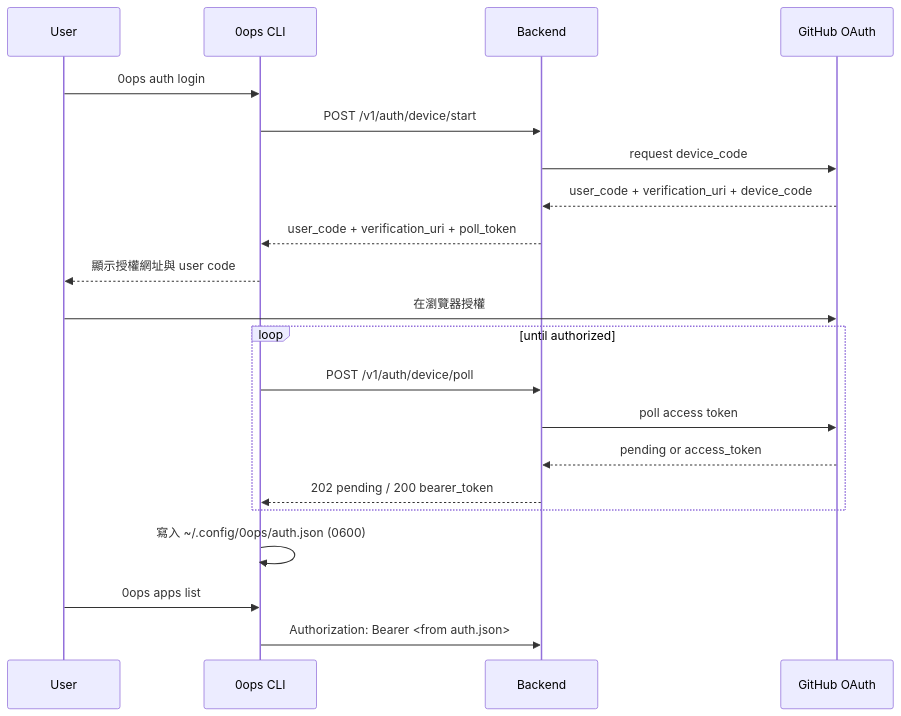
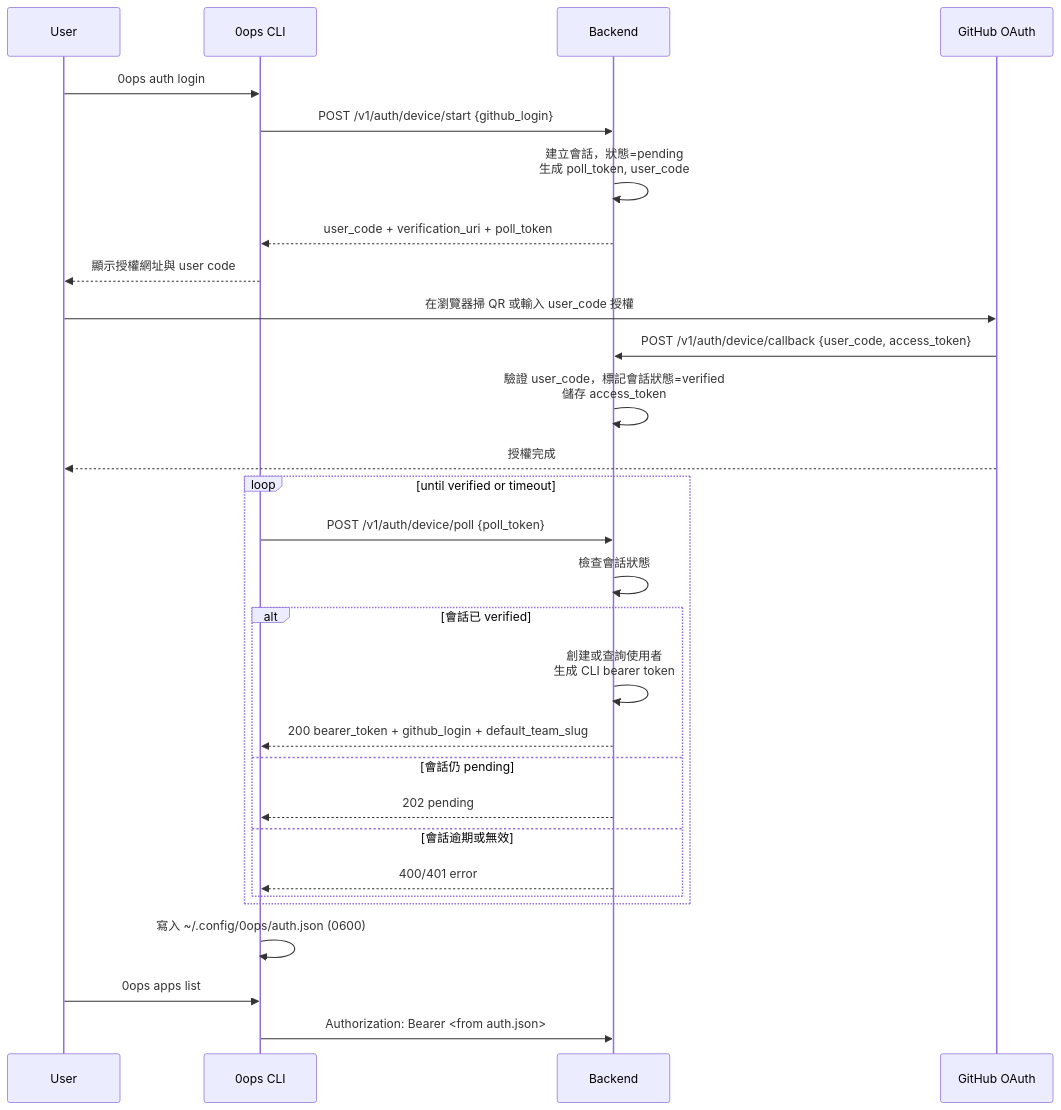
Before and after one commit to wusung/0ops: the diagram in docs/features/auth-login-flow/spec.md, drawn with Mermaid. The commit also changed other lines of this file, not shown here.

Commit message:
docs: update device login flow to use callback verification model

````diff
--- a/docs/features/auth-login-flow/spec.md
+++ b/docs/features/auth-login-flow/spec.md
@@ -35,24 +35,32 @@
 ```mermaid
 sequenceDiagram
     participant U as User
     participant C as 0ops CLI
     participant B as Backend
     participant G as GitHub OAuth
 
     U->>C: 0ops auth login
-    C->>B: POST /v1/auth/device/start
-    B->>G: request device_code
-    G-->>B: user_code + verification_uri + device_code
+    C->>B: POST /v1/auth/device/start {github_login}
+    B->>B: 建立會話，狀態=pending<br/>生成 poll_token, user_code
     B-->>C: user_code + verification_uri + poll_token
     C-->>U: 顯示授權網址與 user code
-    U->>G: 在瀏覽器授權
-    loop until authorized
-        C->>B: POST /v1/auth/device/poll
-        B->>G: poll access token
-        G-->>B: pending or access_token
-        B-->>C: 202 pending / 200 bearer_token
+    U->>G: 在瀏覽器掃 QR 或輸入 user_code 授權
+    G->>B: POST /v1/auth/device/callback {user_code, access_token}
+    B->>B: 驗證 user_code，標記會話狀態=verified<br/>儲存 access_token
+    G-->>U: 授權完成
+    loop until verified or timeout
+        C->>B: POST /v1/auth/device/poll {poll_token}
+        B->>B: 檢查會話狀態
+        alt 會話已 verified
+            B->>B: 創建或查詢使用者<br/>生成 CLI bearer token
+            B-->>C: 200 bearer_token + github_login + default_team_slug
+        else 會話仍 pending
+            B-->>C: 202 pending
+        else 會話逾期或無效
+            B-->>C: 400/401 error
+        end
     end
     C->>C: 寫入 ~/.config/0ops/auth.json (0600)
     U->>C: 0ops apps list
     C->>B: Authorization: Bearer <from auth.json>
 ```
````
